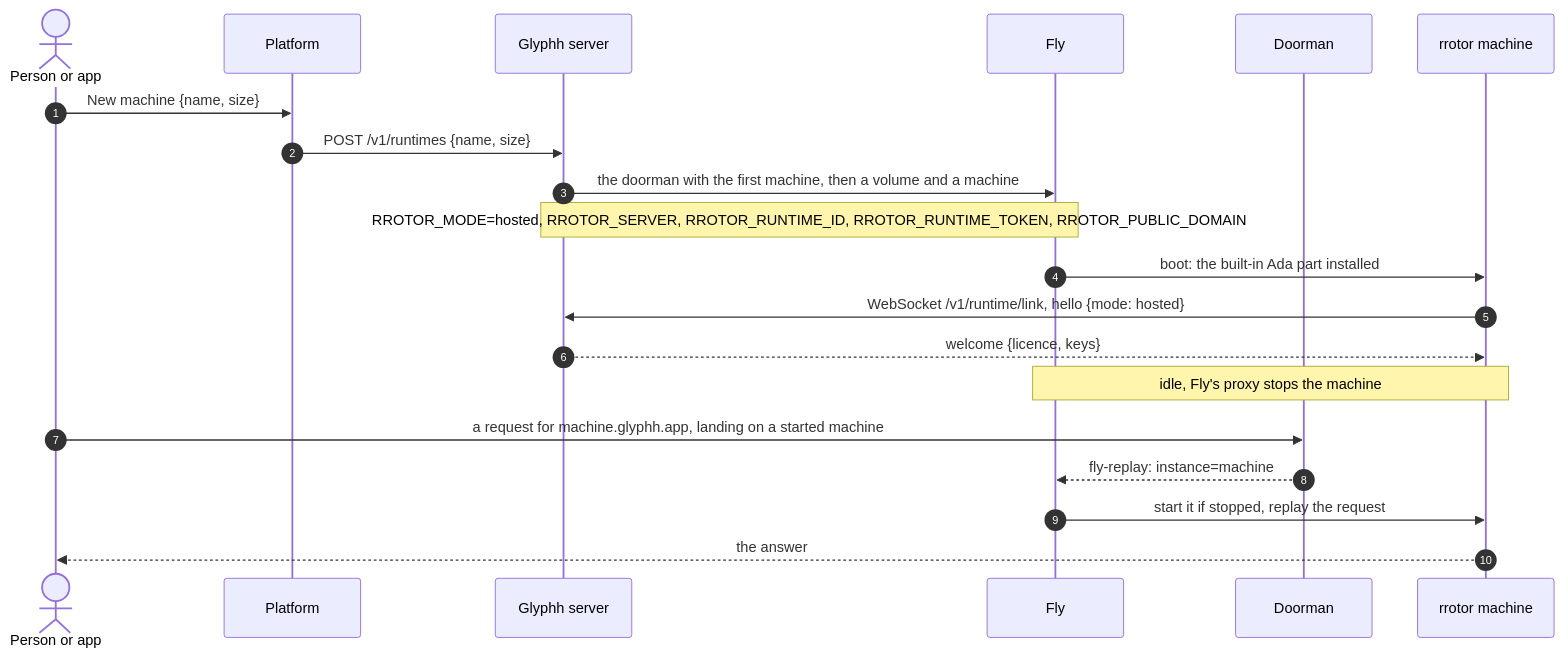
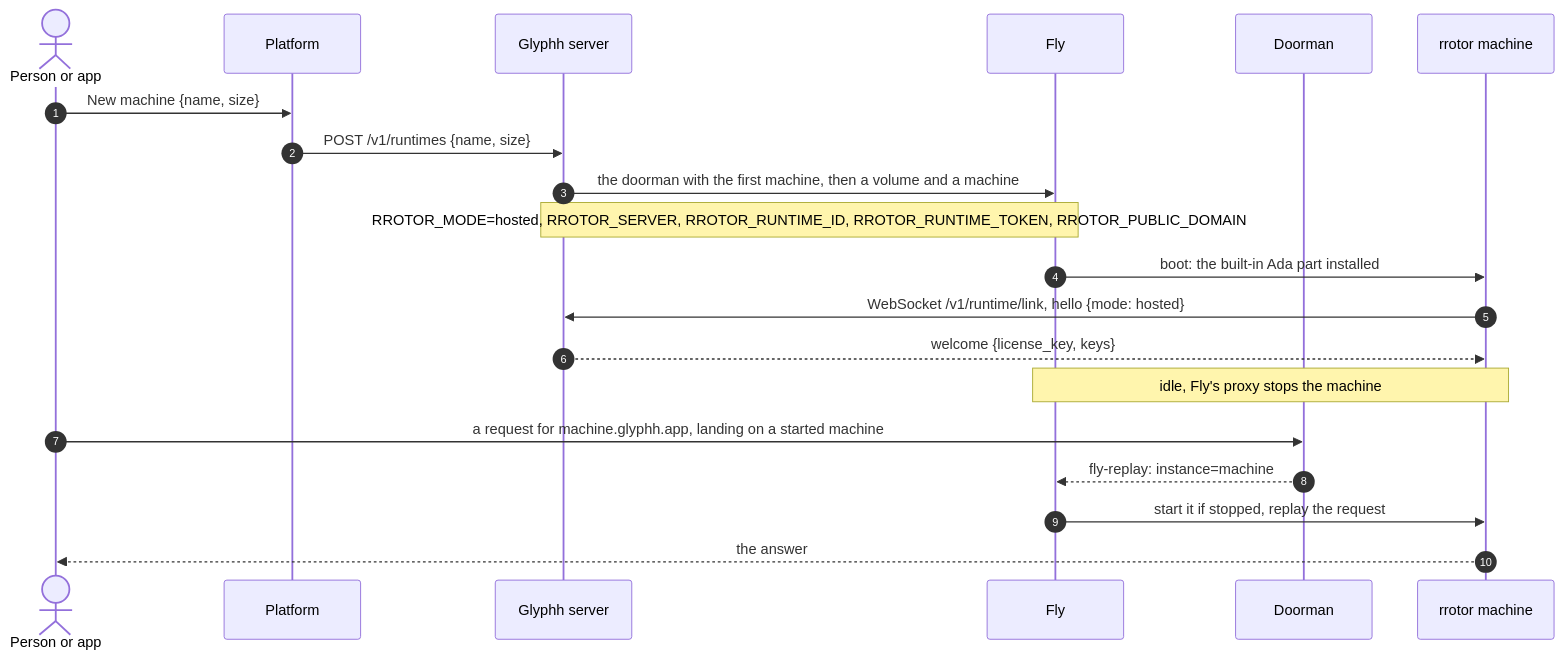
The third of 5 diagrams in docs/architecture.md (glyphh-ai/rrotor), drawn with Mermaid before and after one commit. The commit also changed other lines of this file and 28 other files, not shown here.

````diff
--- a/docs/architecture.md
+++ b/docs/architecture.md
@@ -128,22 +128,22 @@
 ```mermaid
 sequenceDiagram
     autonumber
     actor P as Person or app
     participant W as Platform
     participant G as Glyphh server
     participant F as Fly
     participant D as Doorman
     participant R as rrotor machine
     P->>W: New machine {name, size}
     W->>G: POST /v1/runtimes {name, size}
     G->>F: the doorman with the first machine, then a volume and a machine
     Note over G,F: RROTOR_MODE=hosted, RROTOR_SERVER, RROTOR_RUNTIME_ID, RROTOR_RUNTIME_TOKEN, RROTOR_PUBLIC_DOMAIN
     F->>R: boot: the built-in Ada part installed
     R->>G: WebSocket /v1/runtime/link, hello {mode: hosted}
-    G-->>R: welcome {licence, keys}
+    G-->>R: welcome {license_key, keys}
     Note over F,R: idle, Fly's proxy stops the machine
     P->>D: a request for machine.glyphh.app, landing on a started machine
     D-->>F: fly-replay: instance=machine
     F->>R: start it if stopped, replay the request
     R-->>P: the answer
 ```
````
